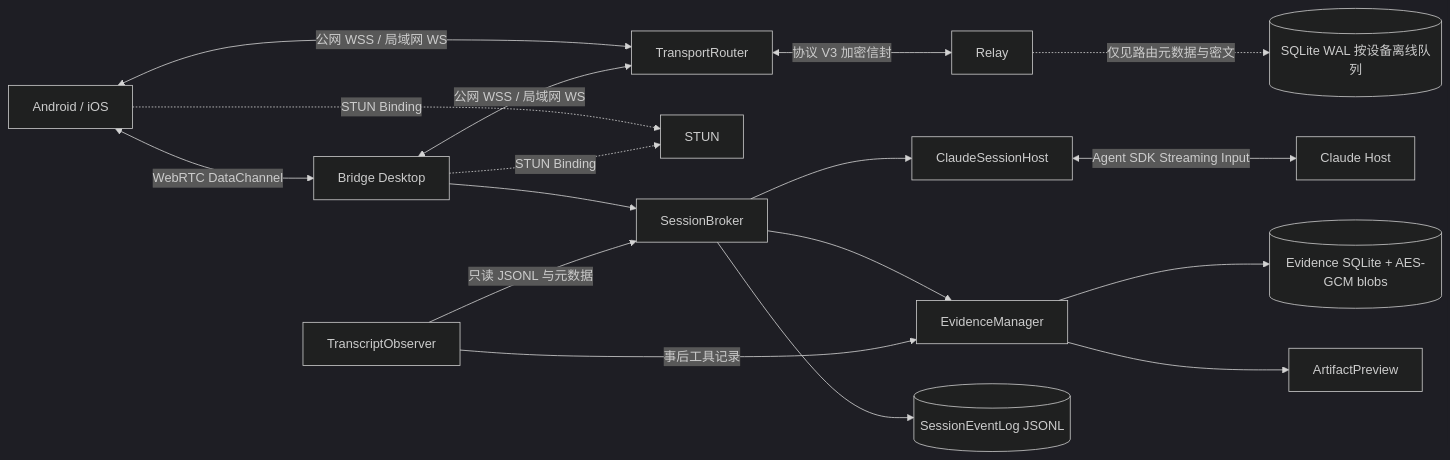
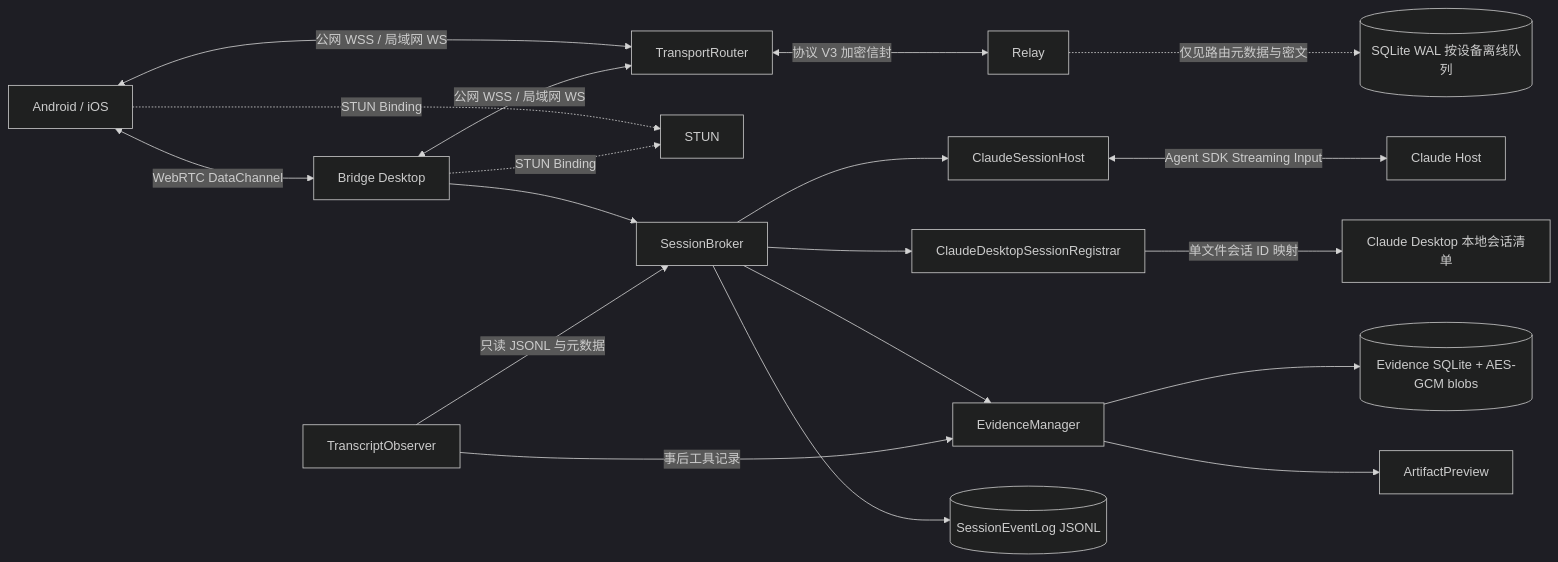
One commit to czhmartinez/claude-desktop-bridge changed the first of 2 diagrams in docs/ARCHITECTURE.md. Above: the diagram before and after it, drawn with Mermaid (dark theme). The commit also changed other lines of this file and 26 other files, not shown here.

Commit message:
feat: register Bridge sessions in Claude Desktop

````diff
--- a/docs/ARCHITECTURE.md
+++ b/docs/ARCHITECTURE.md
@@ -8,19 +8,21 @@
 ```mermaid
 flowchart LR
   M["Android / iOS"] <-->|"WebRTC DataChannel"| D["Bridge Desktop"]
   M <-->|"公网 WSS / 局域网 WS"| T["TransportRouter"]
   D <-->|"公网 WSS / 局域网 WS"| T
   T <-->|"协议 V3 加密信封"| R["Relay"]
   M -.->|"STUN Binding"| S["STUN"]
   D -.->|"STUN Binding"| S
   D --> B["SessionBroker"]
   B --> H["ClaudeSessionHost"]
   H <-->|"Agent SDK Streaming Input"| C["Claude Host"]
   O["TranscriptObserver"] -->|"只读 JSONL 与元数据"| B
+  B --> DR["ClaudeDesktopSessionRegistrar"]
+  DR -->|"单文件会话 ID 映射"| DM["Claude Desktop 本地会话清单"]
   B --> EM["EvidenceManager"]
   O -->|"事后工具记录"| EM
   EM --> ES[("Evidence SQLite + AES-GCM blobs")]
   EM --> AP["ArtifactPreview"]
   B --> E[("SessionEventLog JSONL")]
   R -. "仅见路由元数据与密文" .-> Q[("SQLite WAL 按设备离线队列")]
 ```
````
